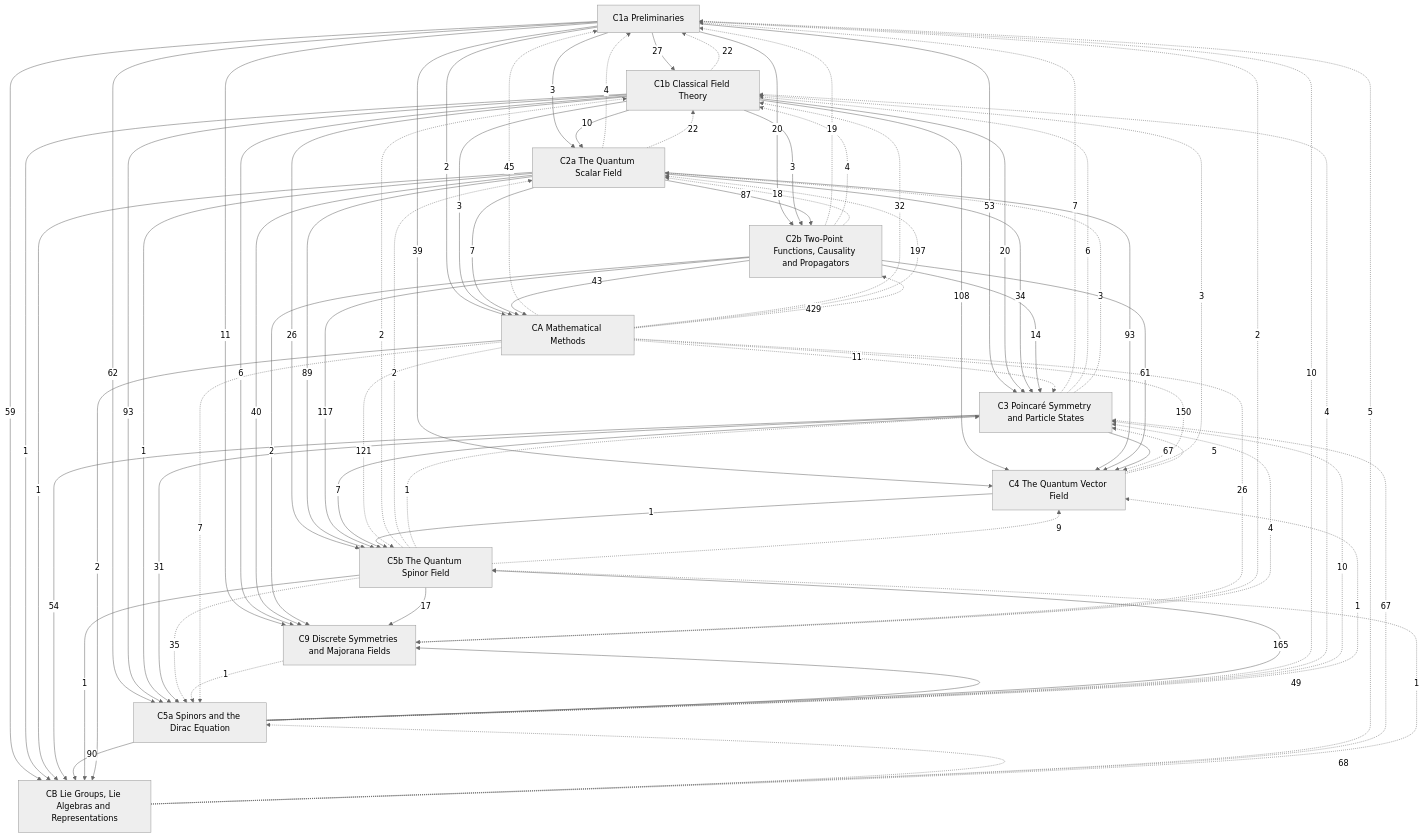
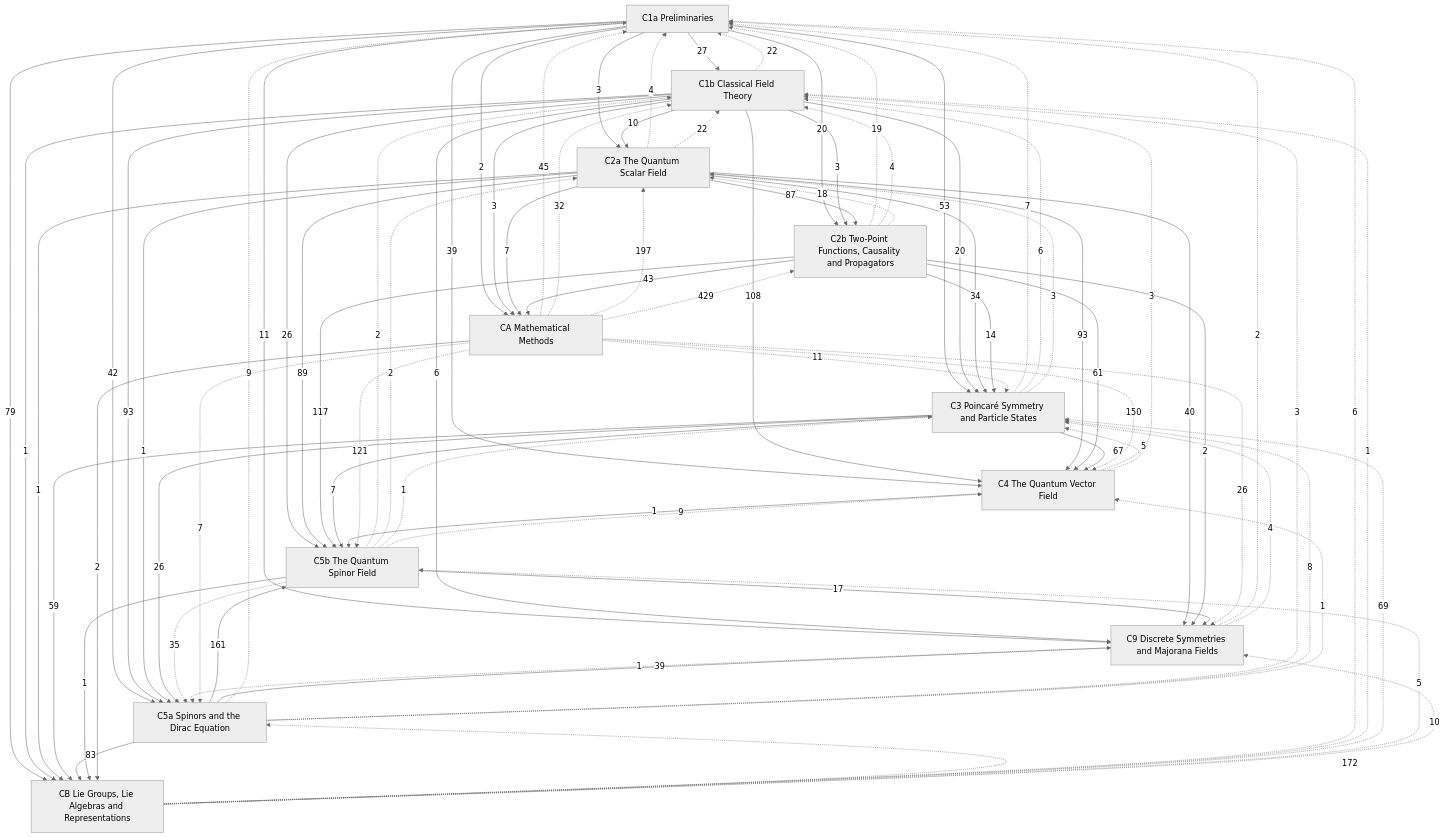
One commit to Onion20040508/notes changed the diagram in Physics/Quantum Field Theory/Quantum Field Theory.md. Above: the diagram before and after it, drawn with Mermaid (neutral theme). The commit also changed other lines of this file and 78 other files, not shown here.

````diff
--- a/Physics/Quantum Field Theory/Quantum Field Theory.md
+++ b/Physics/Quantum Field Theory/Quantum Field Theory.md
@@ -55,67 +55,69 @@
   C2a -->|93| C4
   C2b -->|61| C4
   C3 -->|67| C4
-  C1a -->|62| C5a
+  C1a -->|42| C5a
   C1b -->|93| C5a
   C2a -->|1| C5a
-  C3 -->|31| C5a
+  C3 -->|26| C5a
   C1b -->|26| C5b
   C2a -->|89| C5b
   C2b -->|117| C5b
   C3 -->|7| C5b
   C4 -->|1| C5b
-  C5a -->|165| C5b
+  C5a -->|161| C5b
   C1a -->|11| C9
   C1b -->|6| C9
   C2a -->|40| C9
   C2b -->|2| C9
-  C5a -->|49| C9
+  C5a -->|39| C9
   C5b -->|17| C9
   C1a -->|2| CA
   C1b -->|3| CA
   C2a -->|7| CA
   C2b -->|43| CA
-  C1a -->|59| CB
+  C1a -->|79| CB
   C1b -->|1| CB
   C2a -->|1| CB
-  C3 -->|54| CB
-  C5a -->|90| CB
+  C3 -->|59| CB
+  C5a -->|83| CB
   C5b -->|1| CB
   CA -->|2| CB
   C1b -.->|22| C1a
   C2a -.->|4| C1a
   C2b -.->|19| C1a
   C3 -.->|7| C1a
-  C5a -.->|10| C1a
+  C5a -.->|9| C1a
   C9 -.->|2| C1a
   CA -.->|45| C1a
-  CB -.->|5| C1a
+  CB -.->|6| C1a
   C2a -.->|22| C1b
   C2b -.->|4| C1b
   C3 -.->|6| C1b
   C4 -.->|3| C1b
-  C5a -.->|4| C1b
+  C5a -.->|3| C1b
   C5b -.->|2| C1b
   CA -.->|32| C1b
+  CB -.->|1| C1b
   C2b -.->|18| C2a
   C3 -.->|3| C2a
   C5b -.->|2| C2a
   CA -.->|197| C2a
   CA -.->|429| C2b
   C4 -.->|5| C3
-  C5a -.->|10| C3
+  C5a -.->|8| C3
   C5b -.->|1| C3
   C9 -.->|4| C3
   CA -.->|11| C3
-  CB -.->|67| C3
+  CB -.->|69| C3
   C5a -.->|1| C4
   C5b -.->|9| C4
   CA -.->|150| C4
   C5b -.->|35| C5a
   C9 -.->|1| C5a
   CA -.->|7| C5a
-  CB -.->|68| C5a
+  CB -.->|172| C5a
   CA -.->|121| C5b
-  CB -.->|1| C5b
+  CB -.->|5| C5b
   CA -.->|26| C9
+  CB -.->|10| C9
 ```
````
